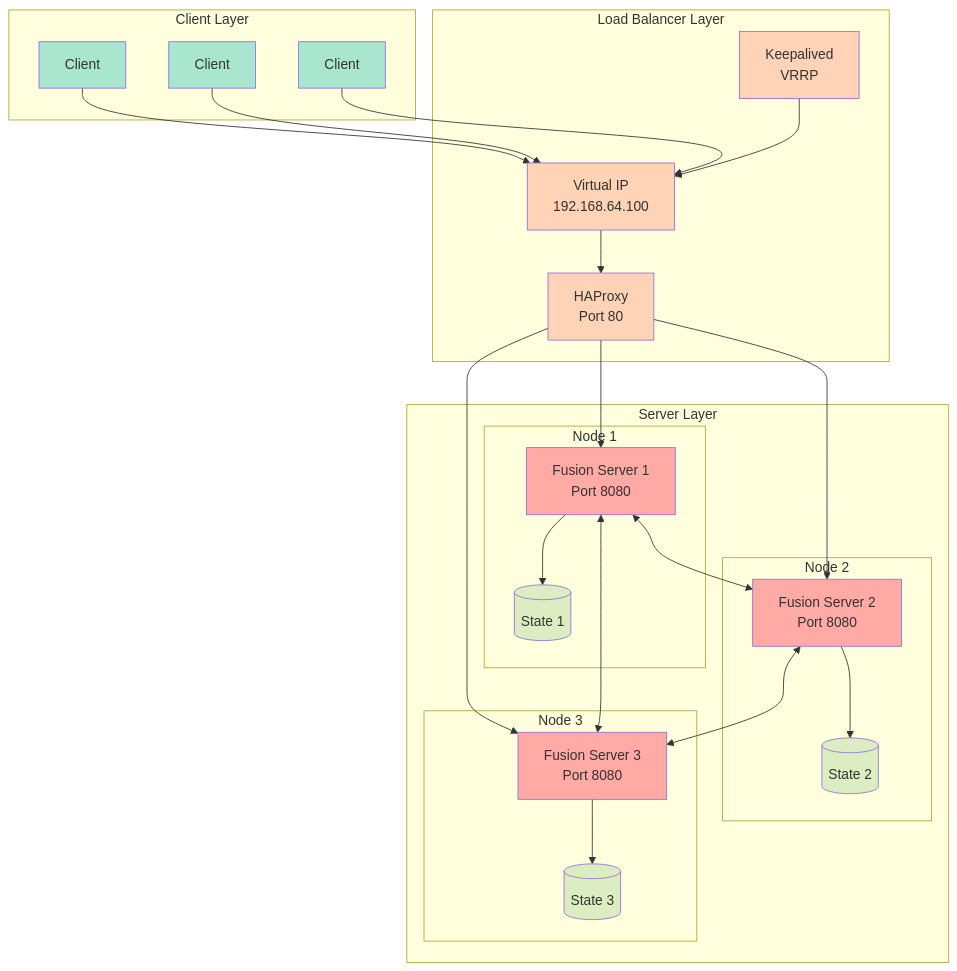
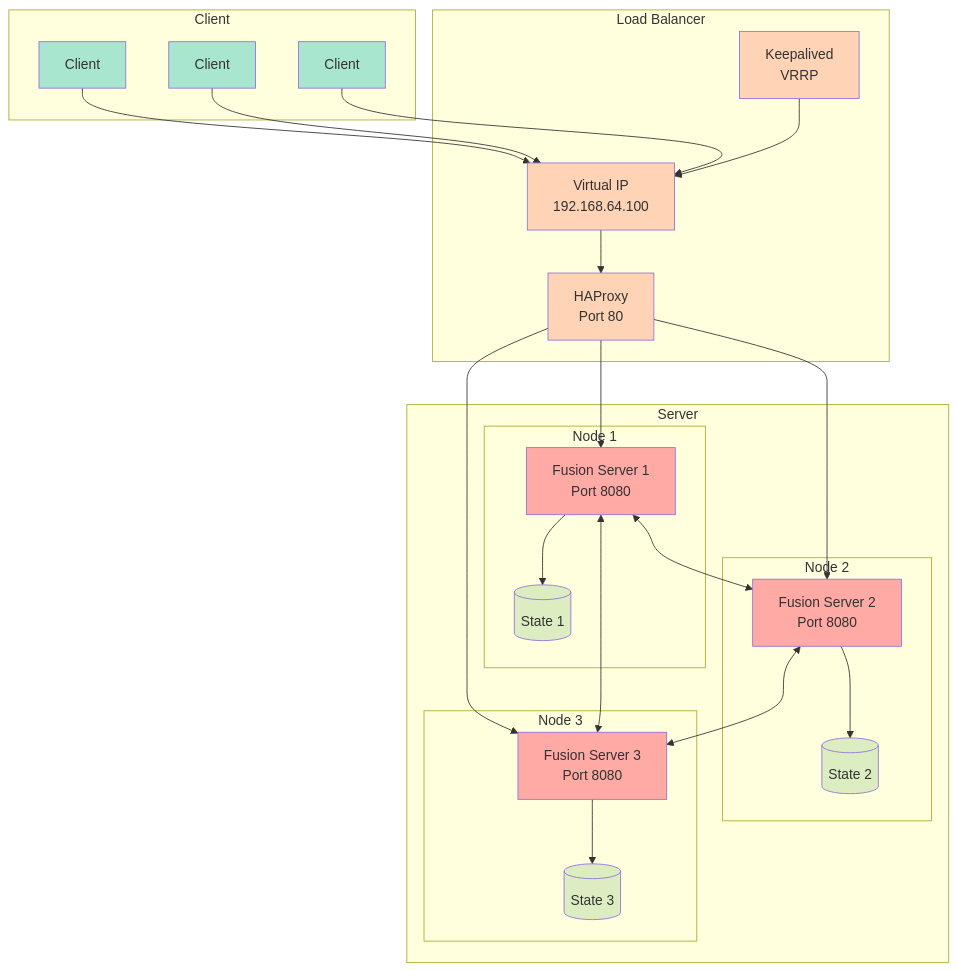
The diagram in apps/firmware-apps/fusion-server/README.md (riteshsawant-Bose21/qa-tuii-integration-local), drawn with Mermaid before and after one commit. The commit also changed other lines of this file and 8 other files, not shown here.

````diff
--- a/apps/firmware-apps/fusion-server/README.md
+++ b/apps/firmware-apps/fusion-server/README.md
@@ -396,65 +396,65 @@
 ```mermaid
 graph TB
-    subgraph Client Layer
+    subgraph Client
         C1[Client] 
         C2[Client]
         C3[Client]
     end
 
-    subgraph Load Balancer Layer
+    subgraph Load Balancer
         VIP[Virtual IP<br>192.168.64.100]
         HAP[HAProxy<br>Port 80]
         KA[Keepalived<br>VRRP]
     end
 
-    subgraph Server Layer
+    subgraph Server
         subgraph Node 1
             F1[Fusion Server 1<br>Port 8080]
             S1[(State 1)]
         end
         
         subgraph Node 2
             F2[Fusion Server 2<br>Port 8080]
             S2[(State 2)]
         end
         
         subgraph Node 3
             F3[Fusion Server 3<br>Port 8080]
             S3[(State 3)]
         end
     end
 
     %% Client connections
     C1 --> VIP
     C2 --> VIP
     C3 --> VIP
     
     %% VIP to HAProxy
     VIP --> HAP
     KA --> VIP
     
     %% HAProxy to Fusion Servers
     HAP --> F1
     HAP --> F2
     HAP --> F3
     
     %% State connections
     F1 --> S1
     F2 --> S2
     F3 --> S3
     
     %% Gossip protocol connections
     F1 <--> F2
     F2 <--> F3
     F1 <--> F3
 
     classDef client fill:#a8e6cf
     classDef lb fill:#ffd3b6
     classDef server fill:#ffaaa5
     classDef state fill:#dcedc1
     
     class C1,C2,C3 client
     class VIP,HAP,KA lb
     class F1,F2,F3 server
     class S1,S2,S3 state
 ```
````
